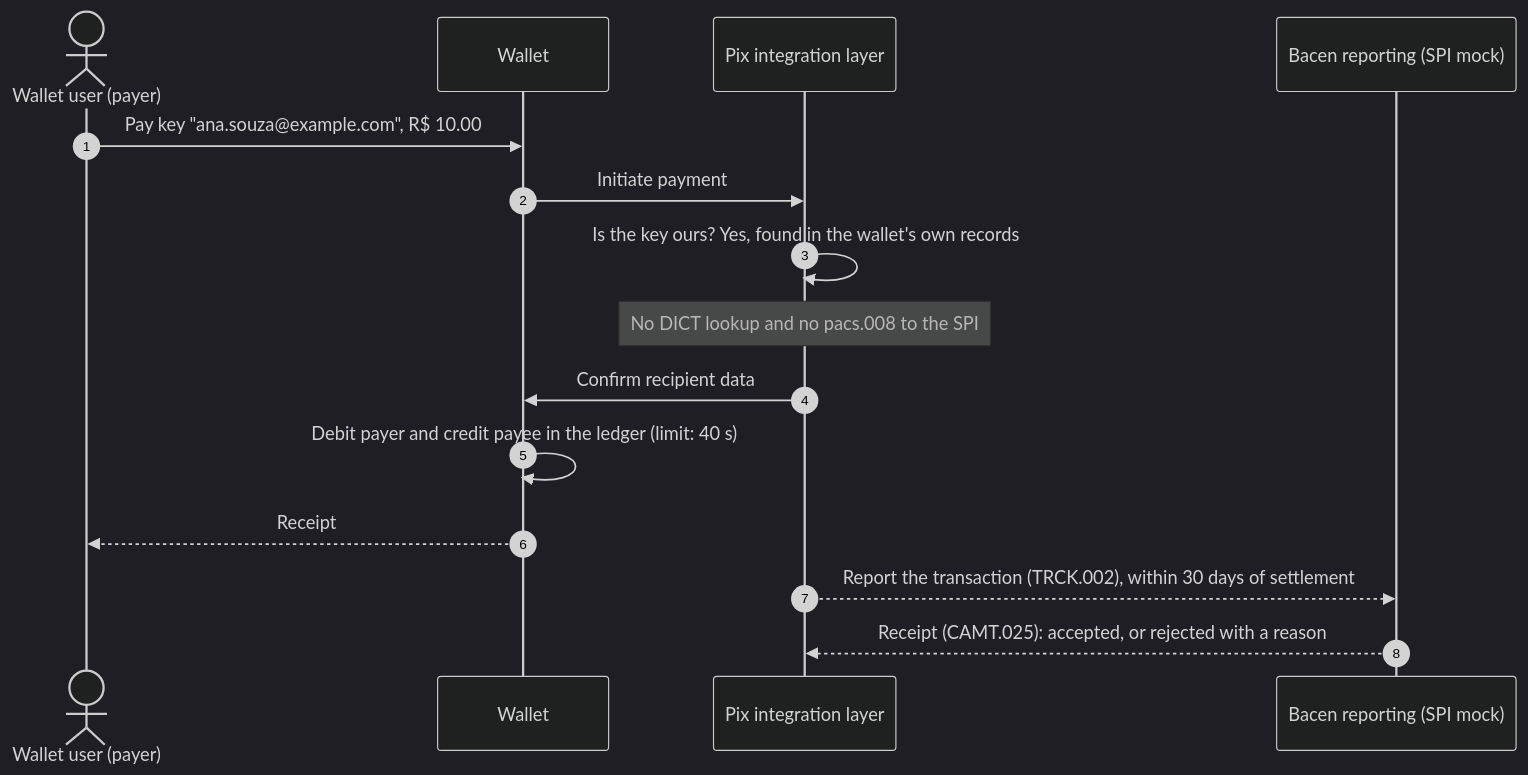
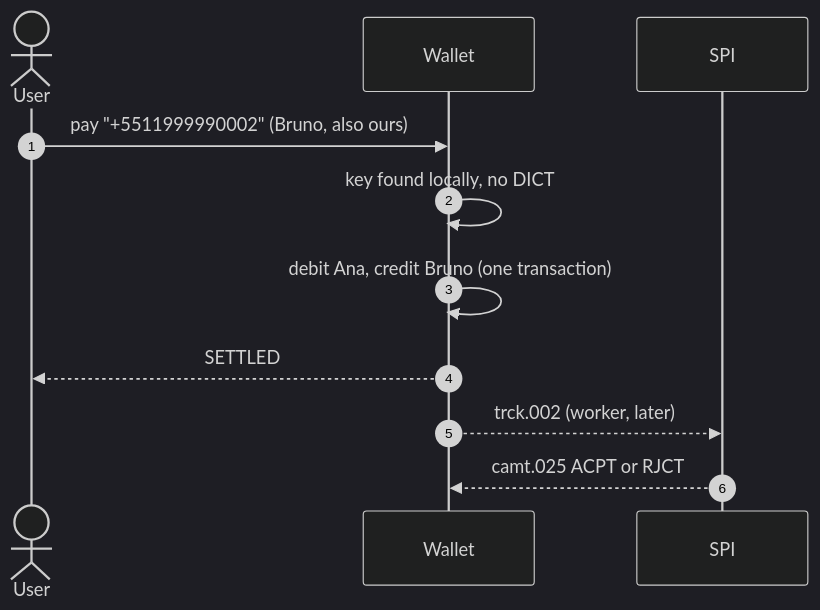
One commit to piovani/pix_fake changed the fourth of 4 diagrams in docs/architecture.md. Above: the diagram before and after it, drawn with Mermaid (dark theme). The commit also changed other lines of this file and 2 other files, not shown here.

Commit message:
docs: bring the root README and the architecture up to date, trim the guide

````diff
--- a/docs/architecture.md
+++ b/docs/architecture.md
@@ -144,18 +93,14 @@
 ```mermaid
 sequenceDiagram
     autonumber
-    actor U as Wallet user (payer)
+    actor U as User
     participant W as Wallet
-    participant P as Pix integration layer
-    participant B as Bacen reporting (SPI mock)
+    participant S as SPI
 
-    U->>W: Pay key "ana.souza@example.com", R$ 10.00
-    W->>P: Initiate payment
-    P->>P: Is the key ours? Yes, found in the wallet's own records
-    Note over P: No DICT lookup and no pacs.008 to the SPI
-    P->>W: Confirm recipient data
-    W->>W: Debit payer and credit payee in the ledger (limit: 40 s)
-    W-->>U: Receipt
-    P-->>B: Report the transaction (TRCK.002), within 30 days of settlement
-    B-->>P: Receipt (CAMT.025): accepted, or rejected with a reason
+    U->>W: pay "+5511999990002" (Bruno, also ours)
+    W->>W: key found locally, no DICT
+    W->>W: debit Ana, credit Bruno (one transaction)
+    W-->>U: SETTLED
+    W-->>S: trck.002 (worker, later)
+    S-->>W: camt.025 ACPT or RJCT
 ```
````
